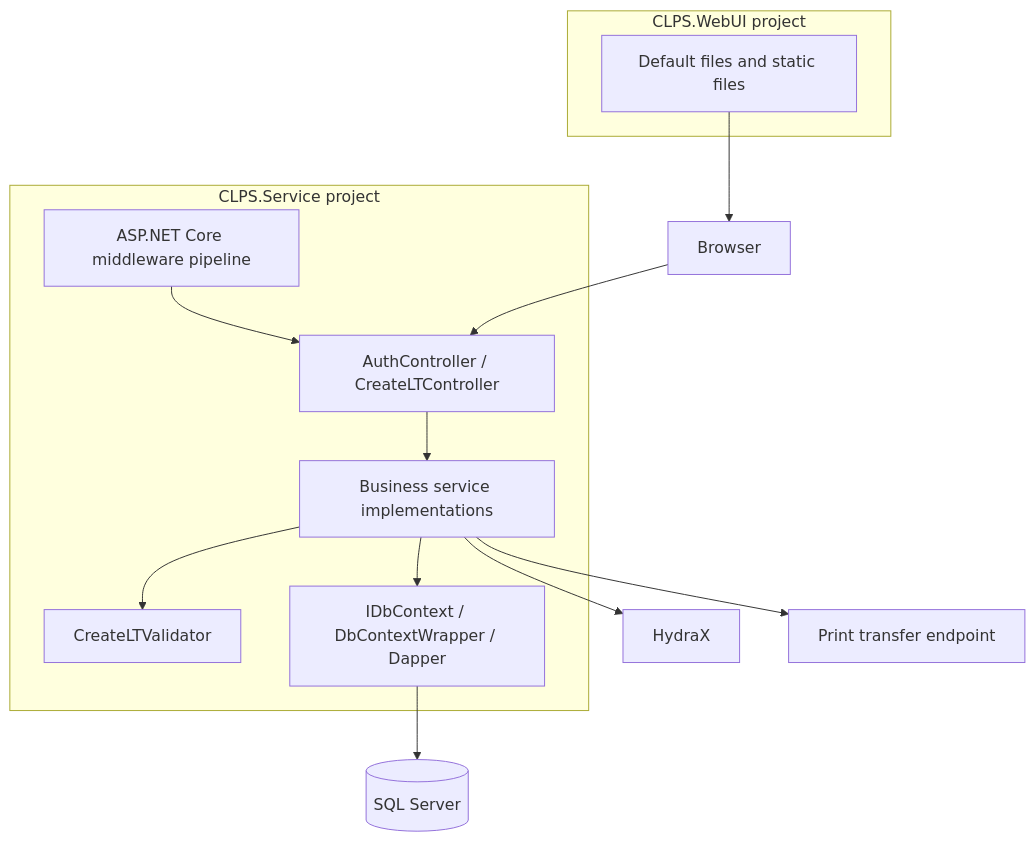
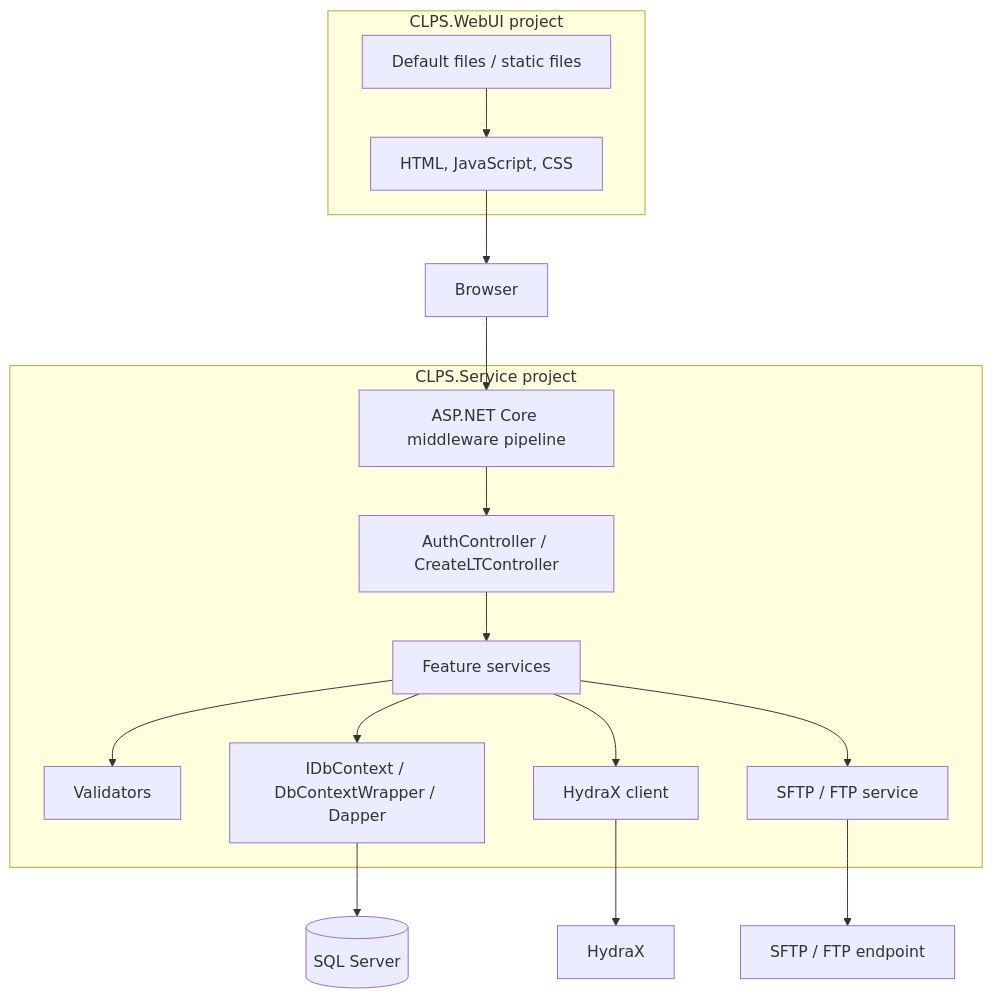
The second of 8 diagrams in Architecture-Analysis.md (Raghavendra194/my-courses), drawn with Mermaid before and after one commit. The commit also changed other lines of this file, not shown here.

````diff
--- a/Architecture-Analysis.md
+++ b/Architecture-Analysis.md
@@ -145,24 +127,30 @@
 ```mermaid
 flowchart TB
-  subgraph UI["CLPS.WebUI project"]
-    Static[Default files and static files]
+  subgraph WebUI["CLPS.WebUI project"]
+    Static[Default files / static files]
+    Assets[HTML, JavaScript, CSS]
+    Static --> Assets
   end
-  subgraph SVC["CLPS.Service project"]
-    MW[ASP.NET Core middleware pipeline]
+  subgraph Service["CLPS.Service project"]
+    Pipeline[ASP.NET Core middleware pipeline]
     Controllers[AuthController / CreateLTController]
-    Services[Business service implementations]
-    Validator[CreateLTValidator]
-    DBLayer[IDbContext / DbContextWrapper / Dapper]
-    MW --> Controllers --> Services
-    Services --> Validator
-    Services --> DBLayer
+    App[Feature services]
+    Validation[Validators]
+    Data[IDbContext / DbContextWrapper / Dapper]
+    HydraClient[HydraX client]
+    FileClient[SFTP / FTP service]
+    Pipeline --> Controllers --> App
+    App --> Validation
+    App --> Data
+    App --> HydraClient
+    App --> FileClient
   end
   SQL[(SQL Server)]
   Hydra[HydraX]
-  Files[Print transfer endpoint]
-  Static --> Browser[Browser]
-  Browser --> Controllers
-  DBLayer --> SQL
-  Services --> Hydra
-  Services --> Files
+  Print[SFTP / FTP endpoint]
+  Assets --> Browser[Browser]
+  Browser --> Pipeline
+  Data --> SQL
+  HydraClient --> Hydra
+  FileClient --> Print
 ```
````
